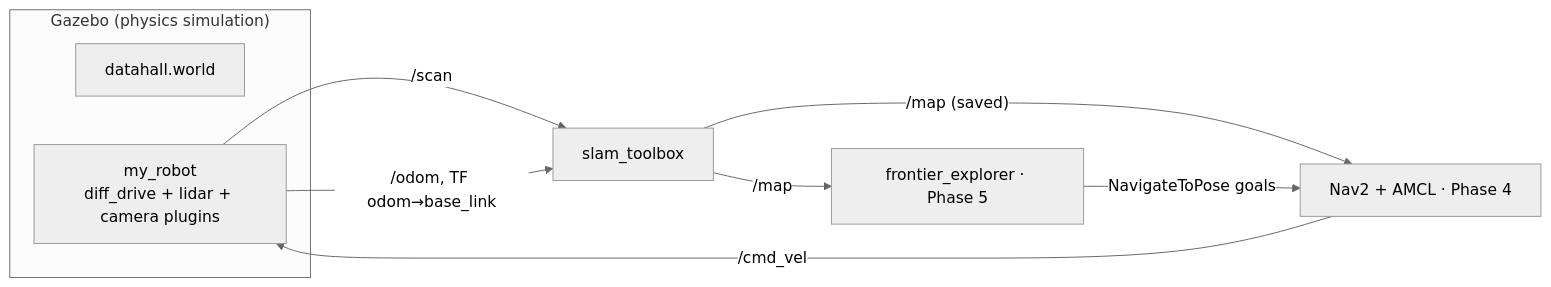
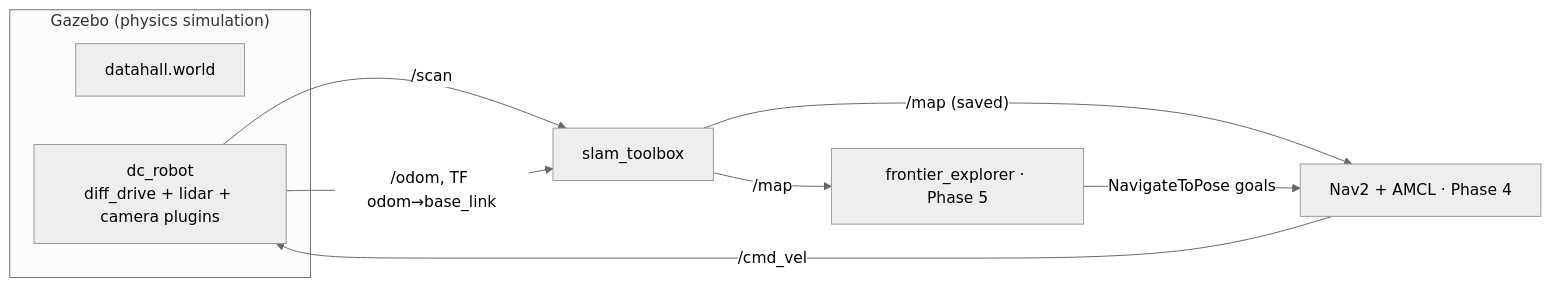
Before and after one commit to d0stMalone/datacenter-slam-nav2: the diagram in docs/README.md, drawn with Mermaid (neutral theme). The commit also changed other lines of this file and 36 other files, not shown here.

````diff
--- a/docs/README.md
+++ b/docs/README.md
@@ -17,13 +17,13 @@
 ```mermaid
 flowchart LR
     subgraph Gazebo["Gazebo (physics simulation)"]
         W[datahall.world]
-        R[my_robot<br/>diff_drive + lidar + camera plugins]
+        R[dc_robot<br/>diff_drive + lidar + camera plugins]
     end
     R -- /scan --> SLAM[slam_toolbox]
     R -- "/odom, TF odom→base_link" --> SLAM
     SLAM -- "/map (saved)" --> NAV[Nav2 + AMCL · Phase 4]
     NAV -- /cmd_vel --> R
     EXP[frontier_explorer · Phase 5] -- NavigateToPose goals --> NAV
     SLAM -- /map --> EXP
 ```
````
